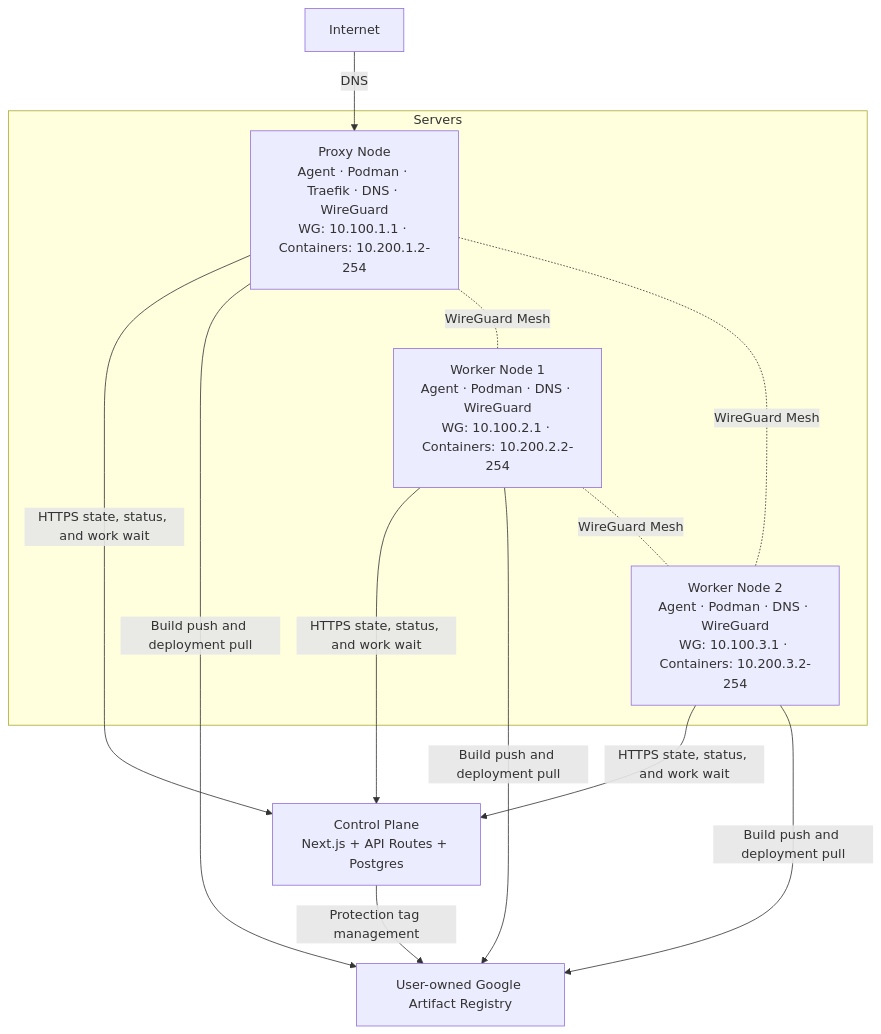
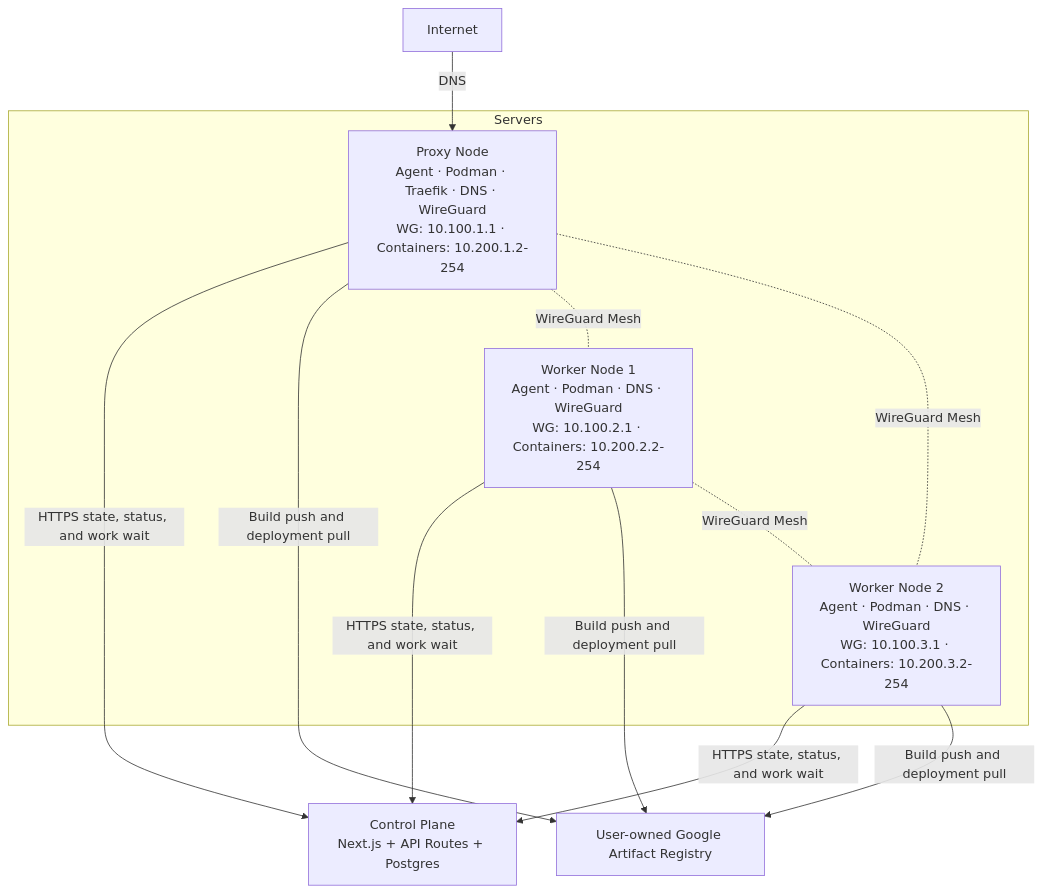
Before and after one commit to techulus/cloud: the first of 3 diagrams in docs/architecture.mdx, drawn with Mermaid. The commit also changed other lines of this file and 36 other files, not shown here.

````diff
--- a/docs/architecture.mdx
+++ b/docs/architecture.mdx
@@ -43,23 +43,22 @@
 ```mermaid
 graph TD
     Internet["Internet"] -->|"DNS"| P1
 
     CP["Control Plane<br/>Next.js + API Routes + Postgres"]
     GAR["User-owned Google Artifact Registry"]
     P1 -->|"HTTPS state, status, and work wait"| CP
     W1 -->|"HTTPS state, status, and work wait"| CP
     W2 -->|"HTTPS state, status, and work wait"| CP
-    CP -->|"Protection tag management"| GAR
     P1 -->|"Build push and deployment pull"| GAR
     W1 -->|"Build push and deployment pull"| GAR
     W2 -->|"Build push and deployment pull"| GAR
 
     subgraph Servers
         P1["Proxy Node<br/>Agent · Podman · Traefik · DNS · WireGuard<br/>WG: 10.100.1.1 · Containers: 10.200.1.2-254"]
         W1["Worker Node 1<br/>Agent · Podman · DNS · WireGuard<br/>WG: 10.100.2.1 · Containers: 10.200.2.2-254"]
         W2["Worker Node 2<br/>Agent · Podman · DNS · WireGuard<br/>WG: 10.100.3.1 · Containers: 10.200.3.2-254"]
         P1 -. "WireGuard Mesh" .- W1
         P1 -. "WireGuard Mesh" .- W2
         W1 -. "WireGuard Mesh" .- W2
     end
 ```
````
